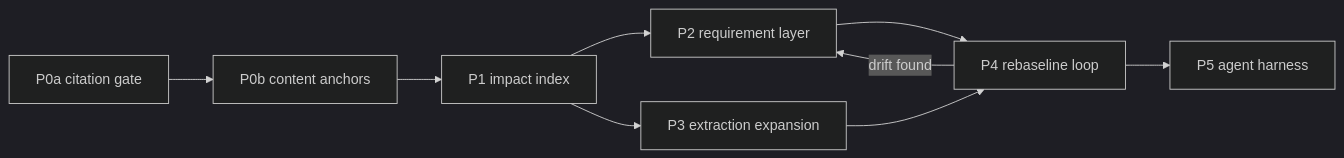
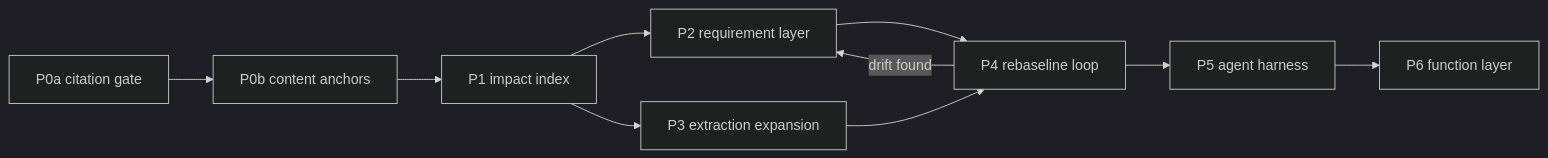
Before and after one commit to joaoantoniocardoso/BlueOS: the diagram in .cursor/plans/blueos-requirements-baseline.md, drawn with Mermaid (dark theme). The commit also changed other lines of this file, not shown here.

Commit message:
.cursor: plans: Add the P6 function layer

````diff
--- a/.cursor/plans/blueos-requirements-baseline.md
+++ b/.cursor/plans/blueos-requirements-baseline.md
@@ -37,11 +40,12 @@
 ```mermaid
 flowchart LR
   p0a[P0a citation gate] --> p0b[P0b content anchors]
   p0b --> p1[P1 impact index]
   p1 --> p2[P2 requirement layer]
   p1 --> p3[P3 extraction expansion]
   p2 --> p4[P4 rebaseline loop]
   p3 --> p4
   p4 --> p5[P5 agent harness]
+  p5 --> p6[P6 function layer]
   p4 -->|drift found| p2
 ```
````
